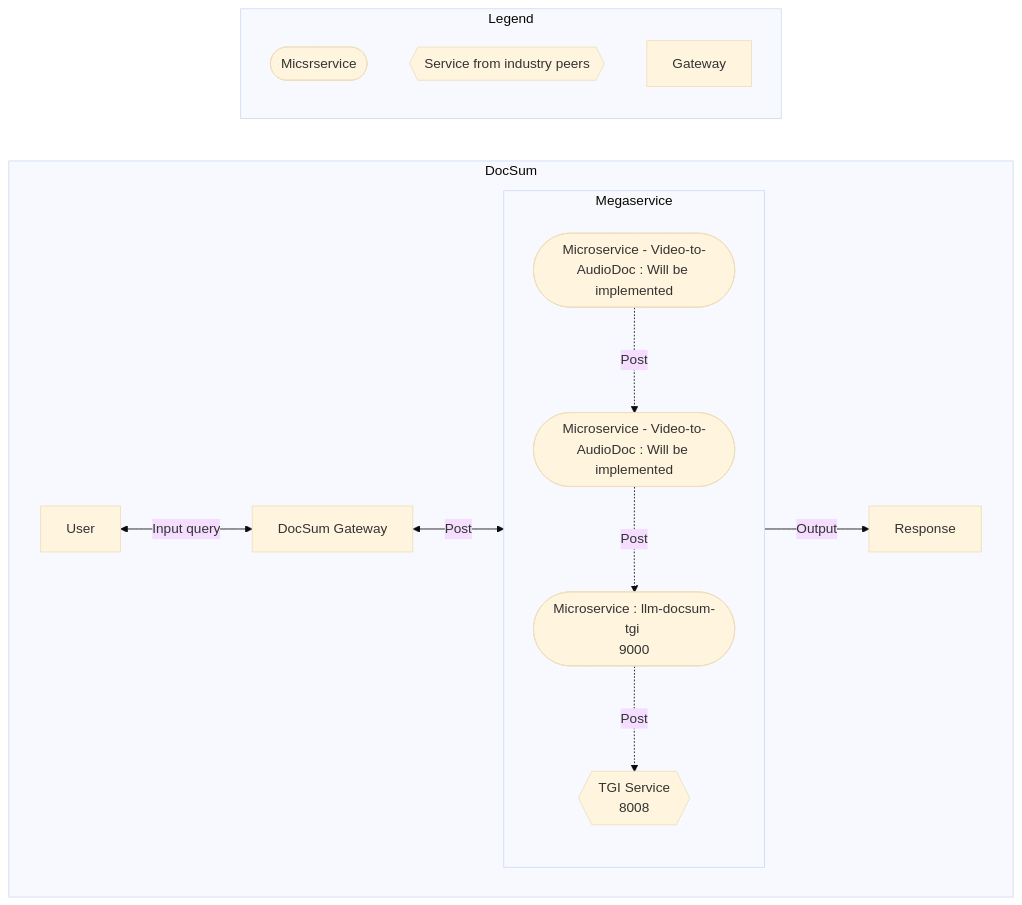
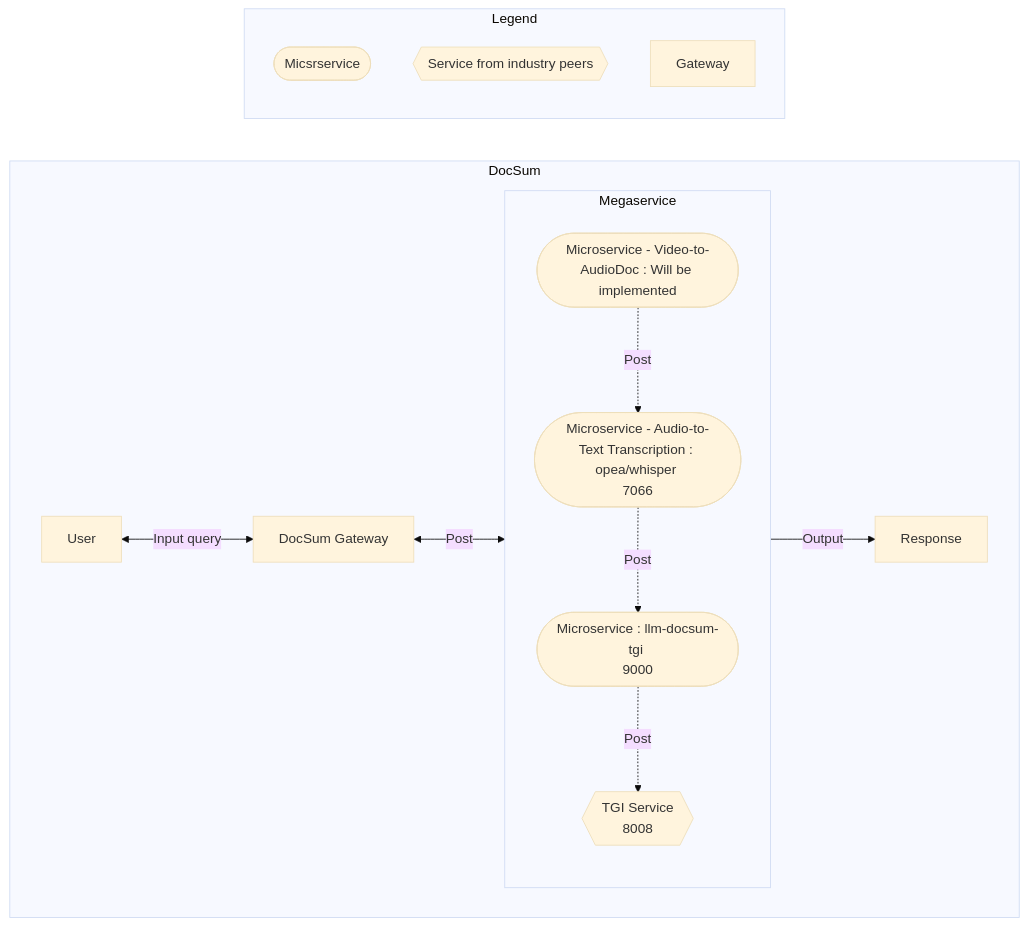
The first of 2 diagrams in community/rfcs/RFC_DocSum_Video_Audio.md (opea-project/docs), drawn with Mermaid (base theme) before and after one commit.

Commit message:
adding RFC

````diff
--- a/community/rfcs/RFC_DocSum_Video_Audio.md
+++ b/community/rfcs/RFC_DocSum_Video_Audio.md
@@ -59,18 +59,18 @@
 ```mermaid
 flowchart LR
     subgraph DocSum
         direction LR
         A[User] <--> |Input query| B[DocSum Gateway]
         B <--> |Post| Megaservice
         subgraph Megaservice["Megaservice"]
             direction TB
-            C([ Microservice - Video-to-AudioDoc : Will be implemented]) -. Post .-> D([ Microservice - Video-to-AudioDoc : Will be implemented]) -. Post .-> E([ Microservice : llm-docsum-tgi <br>9000]) -. Post .-> F{{TGI Service<br>8008}}
+            C([ Microservice - Video-to-AudioDoc : Will be implemented]) -. Post .-> D([Microservice - Audio-to-Text Transcription : opea/whisper <br>7066]) -. Post .-> E([ Microservice : llm-docsum-tgi <br>9000]) -. Post .-> F{{TGI Service<br>8008}}
         end
         Megaservice --> |Output| G[Response]
     end
     subgraph Legend
         X([Micsrservice])
         Y{{Service from industry peers}}
         Z[Gateway]
     end
 ```
````
